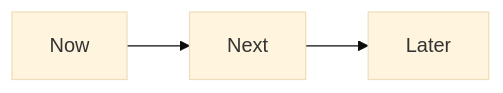
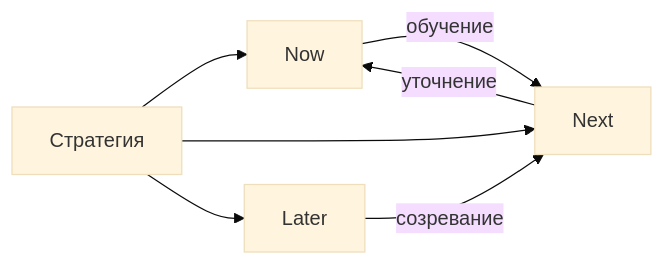
The diagram in nine-to-eighteen/ui/src/data/learn/product/pm06-roadmapping.md (AlexanderNY/cursor_test), drawn with Mermaid (base theme) before and after one commit. The commit also changed other lines of this file and 3060 other files, not shown here.

````diff
--- a/nine-to-eighteen/ui/src/data/learn/product/pm06-roadmapping.md
+++ b/nine-to-eighteen/ui/src/data/learn/product/pm06-roadmapping.md
@@ -58,4 +101,9 @@
 ```mermaid
 flowchart LR
-  Now --> Next --> Later
+  Strategy[Стратегия] --> Now
+  Strategy --> Next
+  Strategy --> Later
+  Now -->|обучение| Next
+  Next -->|уточнение| Now
+  Later -->|созревание| Next
 ```
````
